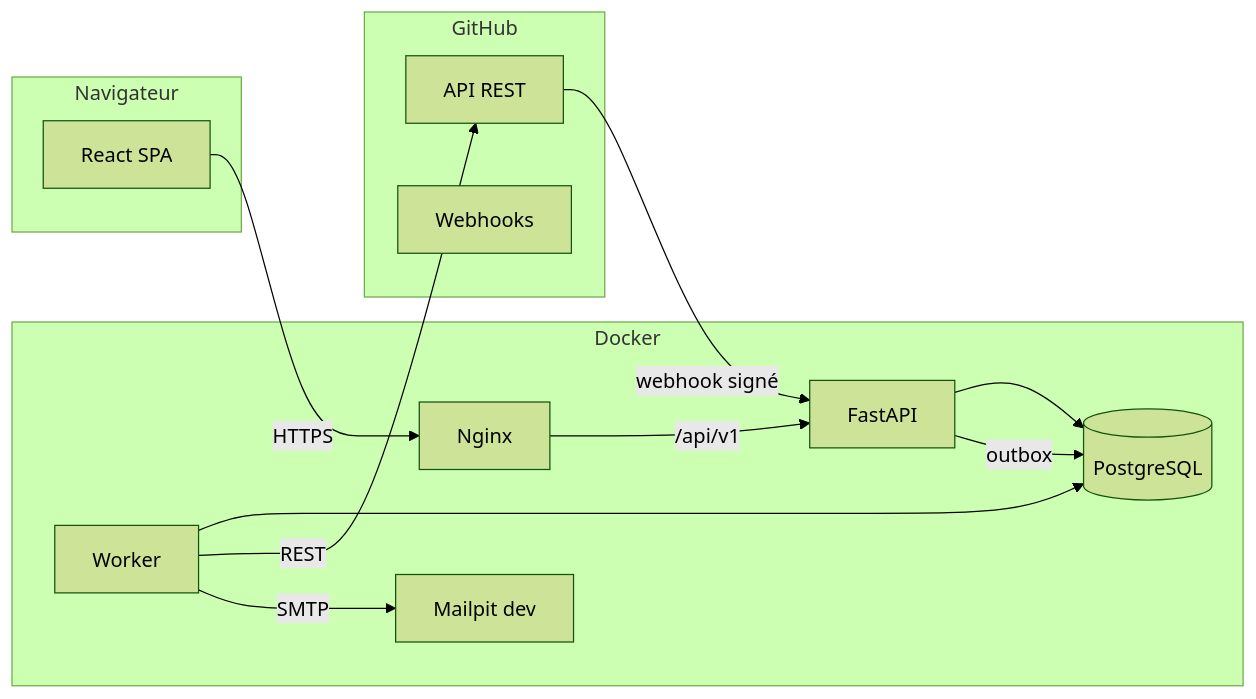
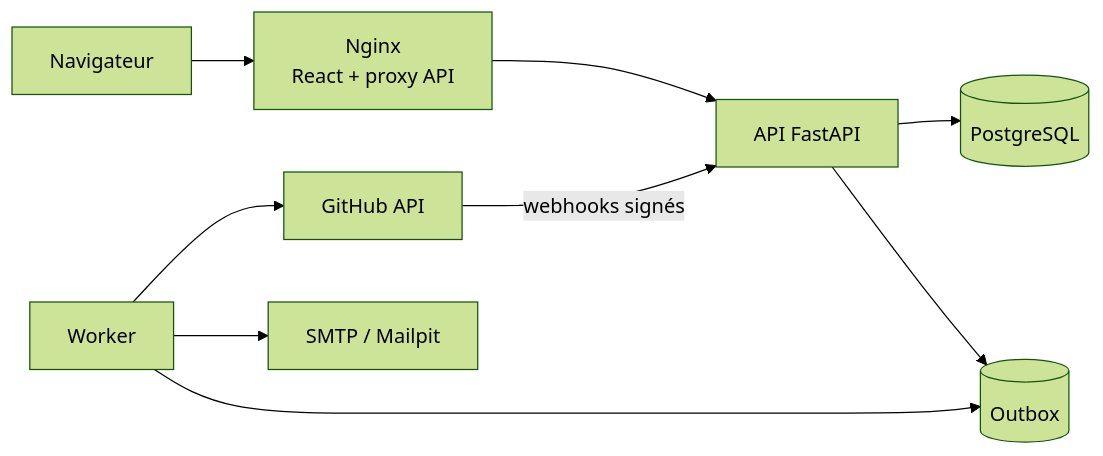
Before and after one commit to TSEFACKDEV/gestactes: the diagram in README.md, drawn with Mermaid (forest theme). The commit also changed other lines of this file and 9 other files, not shown here.

````diff
--- a/README.md
+++ b/README.md
@@ -126,25 +173,11 @@
 ```mermaid
 flowchart LR
-  subgraph Navigateur
-    UI[React SPA]
-  end
-  subgraph Docker
-    NG[Nginx]
-    API[FastAPI]
-    WK[Worker]
-    DB[(PostgreSQL)]
-    MP[Mailpit dev]
-  end
-  subgraph GitHub
-    GH[API REST]
-    WH[Webhooks]
-  end
-  UI -->|HTTPS| NG
-  NG -->|/api/v1| API
-  API --> DB
-  WK --> DB
-  API -->|outbox| DB
-  WK -->|REST| GH
-  WK -->|SMTP| MP
-  GH -->|webhook signé| API
+  B[Navigateur] --> N[Nginx<br/>React + proxy API]
+  N --> A[API FastAPI]
+  A --> P[(PostgreSQL)]
+  A --> O[(Outbox)]
+  W[Worker] --> O
+  W --> G[GitHub API]
+  W --> S[SMTP / Mailpit]
+  G -->|webhooks signés| A
 ```
````
